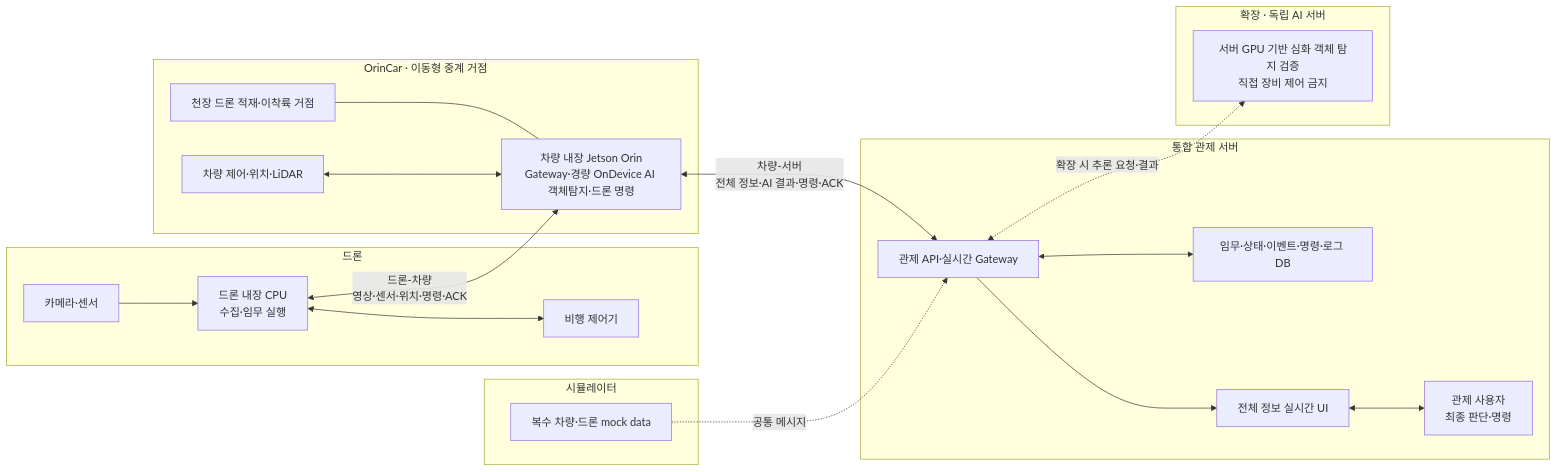
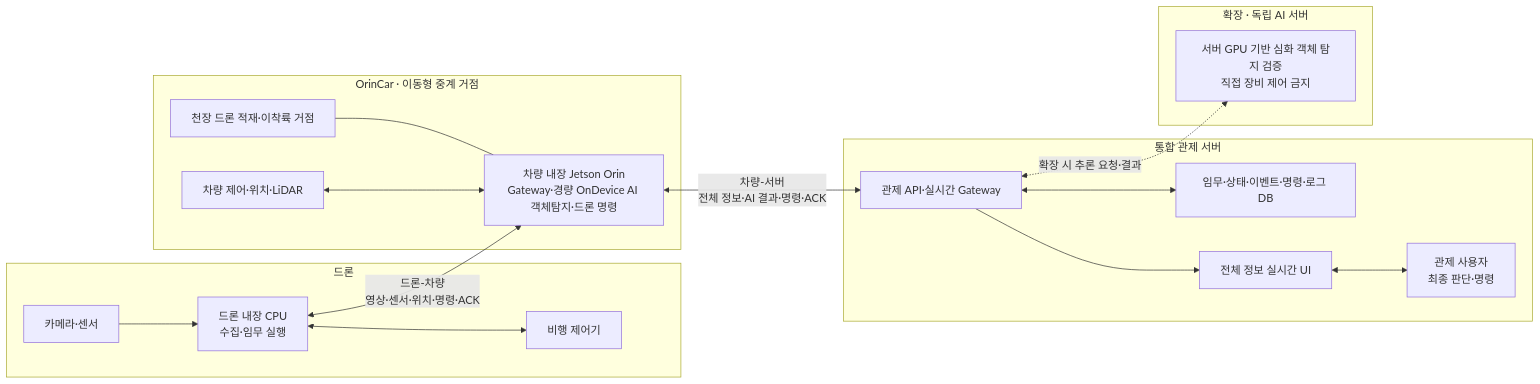
The diagram in 기능명세서.md (yeonsookr/ai-drone-vehicle-fire-rescue-control), drawn with Mermaid before and after one commit. The commit also changed other lines of this file and 1 other file, not shown here.

````diff
--- a/기능명세서.md
+++ b/기능명세서.md
@@ -93,39 +93,35 @@
 ```mermaid
 flowchart LR
     subgraph Drone["드론"]
         SEN["카메라·센서"]
         DCPU["드론 내장 CPU<br/>수집·임무 실행"]
         FC["비행 제어기"]
         SEN --> DCPU <--> FC
     end
 
     subgraph Vehicle["OrinCar · 이동형 중계 거점"]
         DOCK["천장 드론 적재·이착륙 거점"]
         ORIN["차량 내장 Jetson Orin<br/>Gateway·경량 OnDevice AI 객체탐지·드론 명령"]
         CAR["차량 제어·위치·LiDAR"]
         DOCK --- ORIN
         CAR <--> ORIN
     end
 
     subgraph Center["통합 관제 서버"]
         API["관제 API·실시간 Gateway"]
         DB["임무·상태·이벤트·명령·로그 DB"]
         UI["전체 정보 실시간 UI"]
         OP["관제 사용자<br/>최종 판단·명령"]
         API <--> DB
         API --> UI <--> OP
     end
 
-    subgraph Mock["시뮬레이터"]
-        MOCK["복수 차량·드론 mock data"]
-    end
 
     subgraph Expansion["확장 · 독립 AI 서버"]
         AISERVER["서버 GPU 기반 심화 객체 탐지 검증<br/>직접 장비 제어 금지"]
     end
 
     DCPU <-->|"드론-차량<br/>영상·센서·위치·명령·ACK"| ORIN
     ORIN <-->|"차량-서버<br/>전체 정보·AI 결과·명령·ACK"| API
-    MOCK -.->|"공통 메시지"| API
     API <-.->|"확장 시 추론 요청·결과"| AISERVER
 ```
````
